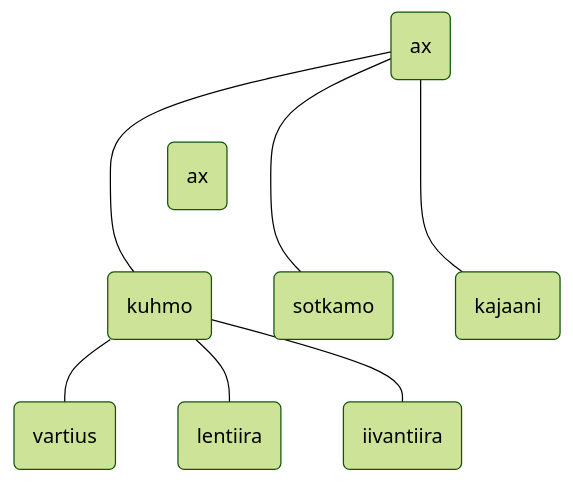
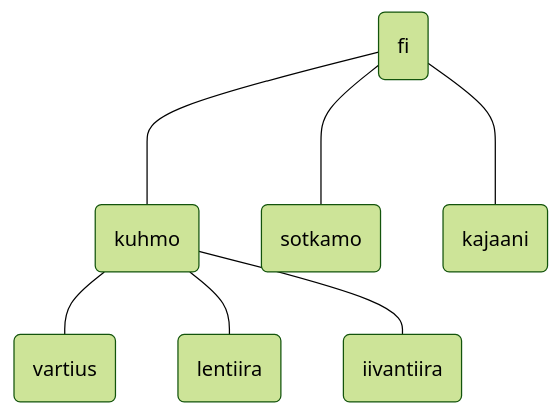
The diagram in README.md (phdonner/verkkotunnus), drawn with Mermaid before and after one commit.

````diff
--- a/README.md
+++ b/README.md
@@ -9,13 +9,10 @@
 ```mermaid
 %%{init: {'theme':'forest'}}%%
 flowchart BT
-   A(vartius)  --- D
+   A(vartius)    --- D
    B(lentiira)   --- D
    C(iivantiira) --- D
    D(kuhmo)   ---- F(fi)
    E(sotkamo) ---- F(fi)
    G(kajaani) ---- F(fi)
-   D(kuhmo)   ~~~ H(ax)
-   E(sotkamo) ~~~ F(ax)
-   G(kajaani) ~~~ F(ax)
 ```
````
